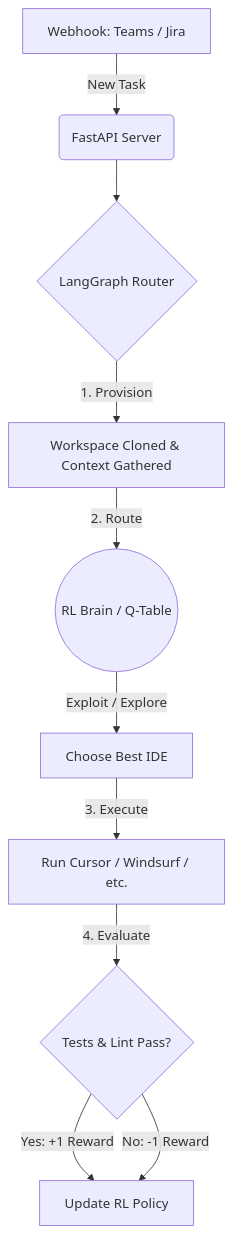
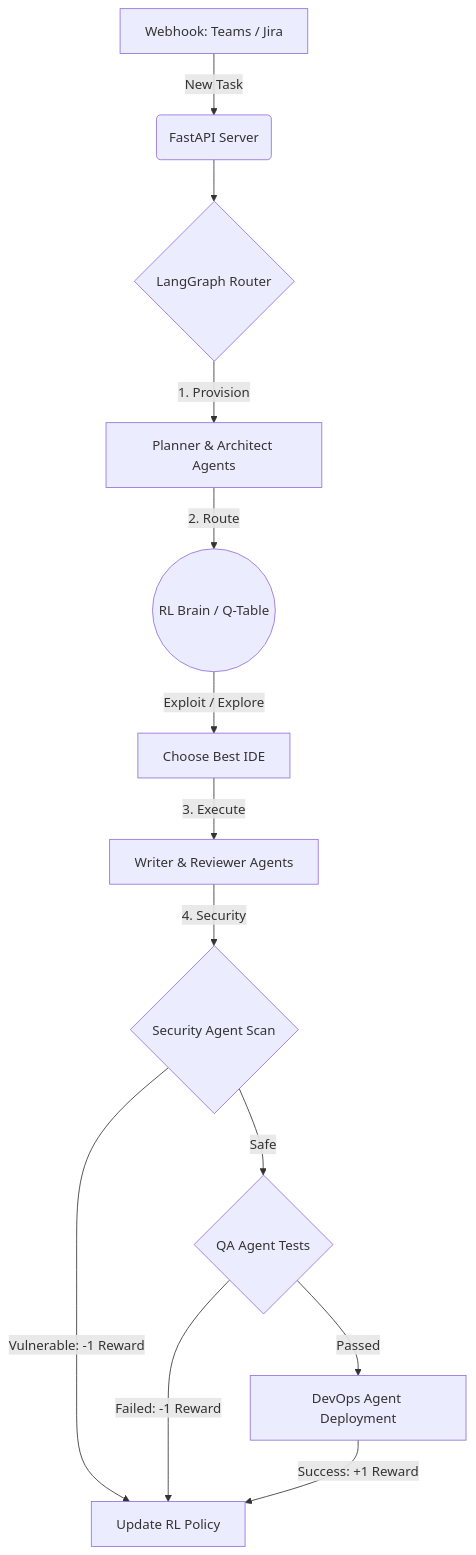
Before and after one commit to CNirhali/RL_Orchestrator_Ai_SVM: the diagram in README.md, drawn with Mermaid. The commit also changed other lines of this file and 3 other files, not shown here.

Commit message:
feat(ui): enhance orchestrator demo with multi-step task flow and premium glassmorphism UI, update preview

````diff
--- a/README.md
+++ b/README.md
@@ -19,12 +19,15 @@
 ```mermaid
 graph TD
     A[Webhook: Teams / Jira] -->|New Task| B(FastAPI Server)
     B --> C{LangGraph Router}
-    C -->|1. Provision| D[Workspace Cloned & Context Gathered]
+    C -->|1. Provision| D[Planner & Architect Agents]
     D -->|2. Route| E((RL Brain / Q-Table))
     E -->|Exploit / Explore| F[Choose Best IDE]
-    F -->|3. Execute| G[Run Cursor / Windsurf / etc.]
-    G -->|4. Evaluate| H{Tests & Lint Pass?}
-    H -->|Yes: +1 Reward| I[Update RL Policy]
-    H -->|No: -1 Reward| I
+    F -->|3. Execute| G[Writer & Reviewer Agents]
+    G -->|4. Security| H{Security Agent Scan}
+    H -->|Vulnerable: -1 Reward| I[Update RL Policy]
+    H -->|Safe| J{QA Agent Tests}
+    J -->|Failed: -1 Reward| I
+    J -->|Passed| K[DevOps Agent Deployment]
+    K -->|Success: +1 Reward| I
 ```
````
